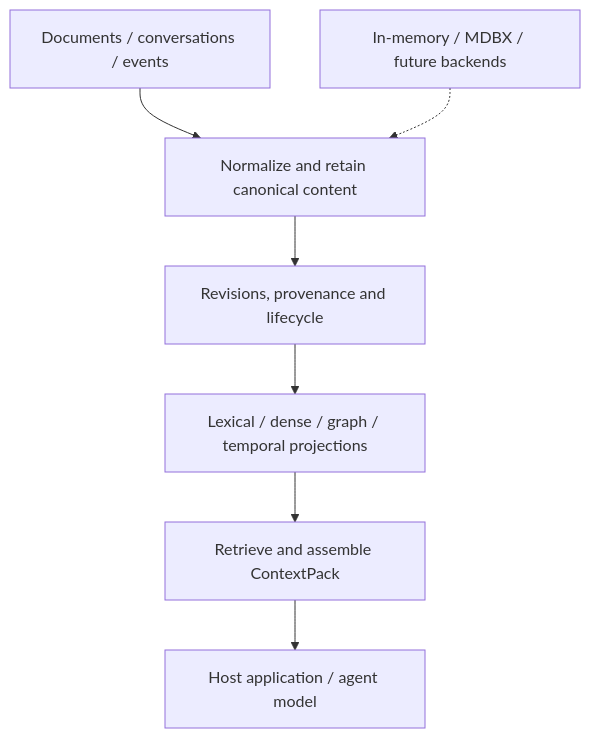
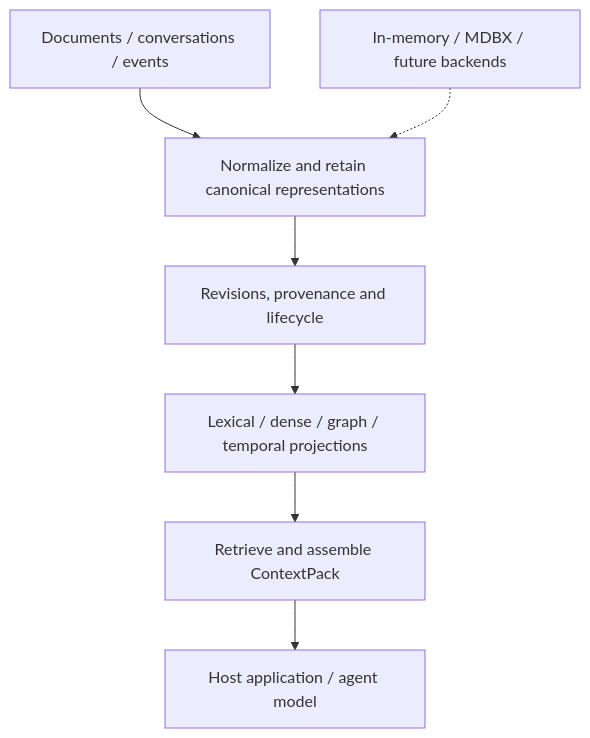
Before and after one commit to LimiNode/agent-memory-cpp: the diagram in README.md, drawn with Mermaid. The commit also changed other lines of this file and 5 other files, not shown here.

Commit message:
docs: add executable canonical content example

```diff
--- a/README.md
+++ b/README.md
@@ -44,9 +44,9 @@
 ~~~mermaid
 flowchart TD
-    S["Documents / conversations / events"] --> C["Normalize and retain canonical content"]
+    S["Documents / conversations / events"] --> C["Normalize and retain canonical representations"]
     C --> P["Revisions, provenance and lifecycle"]
     P --> I["Lexical / dense / graph / temporal projections"]
     I --> R["Retrieve and assemble ContextPack"]
     R --> A["Host application / agent model"]
     B["In-memory / MDBX / future backends"] -.-> C
 ~~~
```
